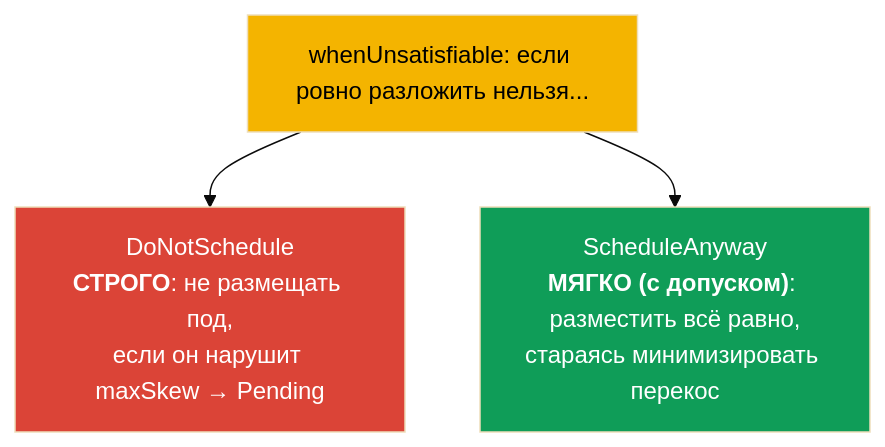
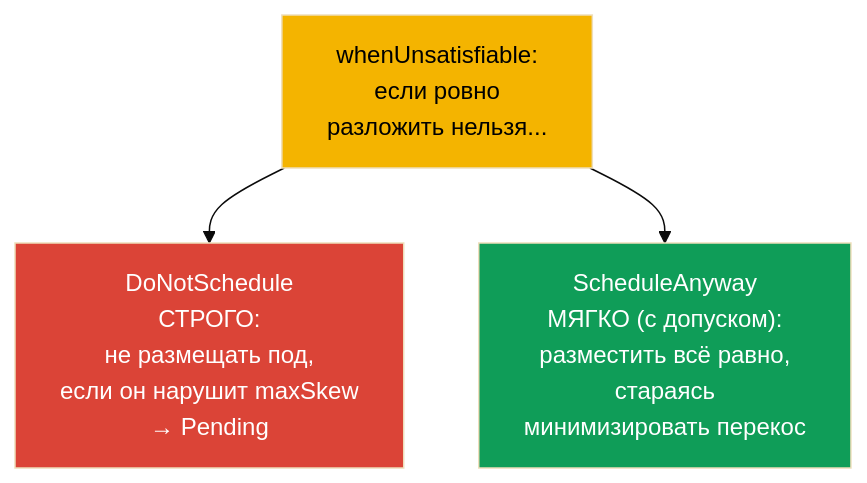
Before and after one commit to ViktorUJ/cks: the eighth of 8 diagrams in tasks/cka/course/12/ru.md, drawn with Mermaid (base theme). The commit also changed other lines of this file, not shown here.

````diff
--- a/tasks/cka/course/12/ru.md
+++ b/tasks/cka/course/12/ru.md
@@ -276,9 +286,9 @@
 ```mermaid
 flowchart TB
-    q["whenUnsatisfiable: если ровно разложить нельзя..."]
-    q --> dns["DoNotSchedule<br><b>СТРОГО</b>: не размещать под,<br>если он нарушит maxSkew → Pending"]
-    q --> sa["ScheduleAnyway<br><b>МЯГКО (с допуском)</b>: разместить всё равно,<br>стараясь минимизировать перекос"]
+    q["whenUnsatisfiable:<br>если ровно<br>разложить нельзя..."]
+    q --> dns["DoNotSchedule<br>СТРОГО:<br>не размещать под,<br>если он нарушит maxSkew<br>→ Pending"]
+    q --> sa["ScheduleAnyway<br>МЯГКО (с допуском):<br>разместить всё равно,<br>стараясь<br>минимизировать перекос"]
     style q fill:#f4b400,color:#000
     style dns fill:#db4437,color:#fff
     style sa fill:#0f9d58,color:#fff
 ```
````
